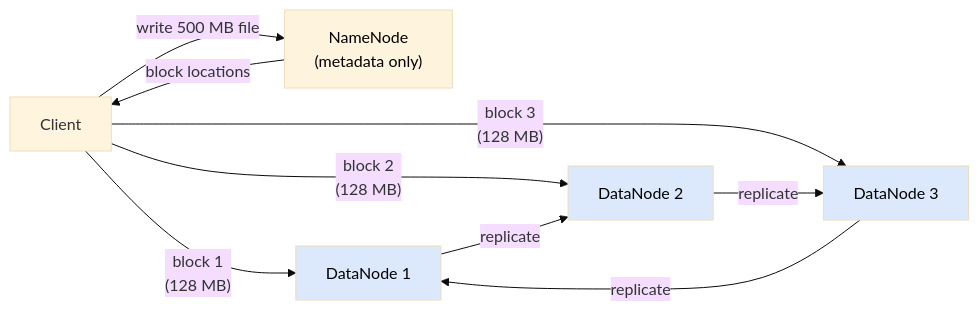
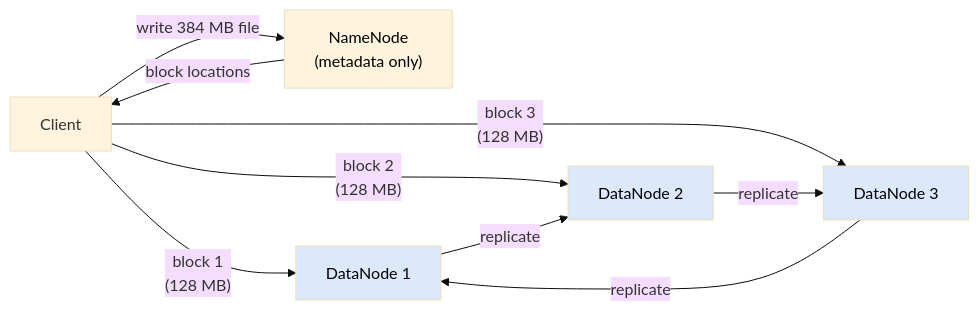
Before and after one commit to Ankan1998/learn-system-design: the second of 3 diagrams in Level-07-Big-Data-and-Specialized/01-Batch-Processing/README.md, drawn with Mermaid (base theme). The commit also changed other lines of this file and 139 other files, not shown here.

````diff
--- a/Level-07-Big-Data-and-Specialized/01-Batch-Processing/README.md
+++ b/Level-07-Big-Data-and-Specialized/01-Batch-Processing/README.md
@@ -100,16 +100,16 @@
 ```mermaid
 flowchart LR
-    CLIENT["Client"] -->|"write 500 MB file"| NN["NameNode<br/>(metadata only)"]
+    CLIENT["Client"] -->|"write 384 MB file"| NN["NameNode<br/>(metadata only)"]
     NN -->|"block locations"| CLIENT
     CLIENT -->|"block 1<br/>(128 MB)"| DN1["DataNode 1"]
     CLIENT -->|"block 2<br/>(128 MB)"| DN2["DataNode 2"]
     CLIENT -->|"block 3<br/>(128 MB)"| DN3["DataNode 3"]
     DN1 -->|"replicate"| DN2
     DN2 -->|"replicate"| DN3
     DN3 -->|"replicate"| DN1
 
     style NN fill:#fef3dc,color:#000
     style DN1 fill:#dce8fb,color:#000
     style DN2 fill:#dce8fb,color:#000
     style DN3 fill:#dce8fb,color:#000
 ```
````
